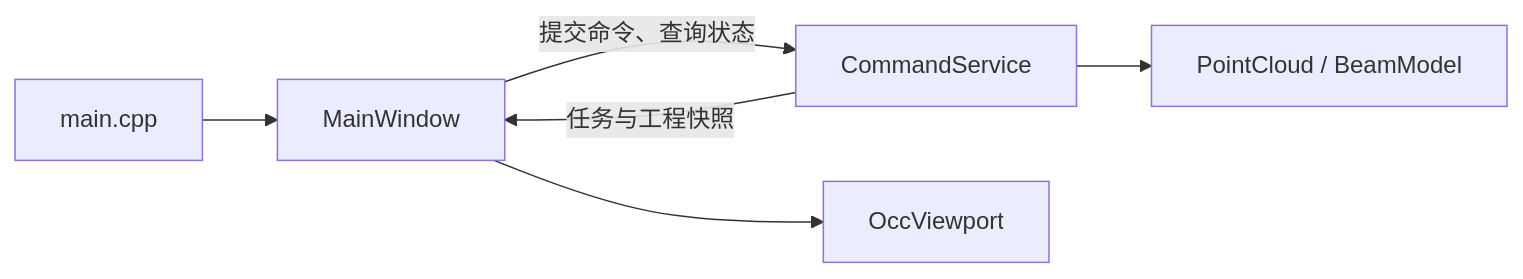
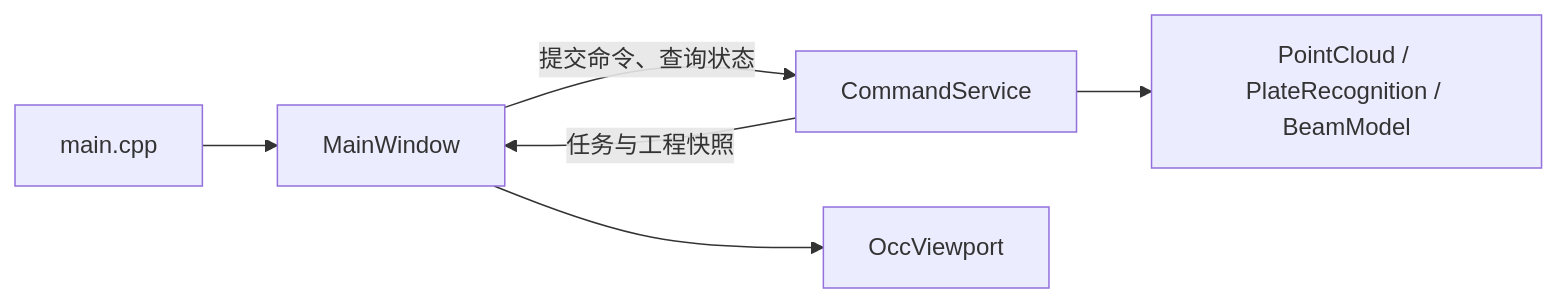
Before and after one commit to wuqingzhong2020/PointCloudReverseModeling: the diagram in ReverseModeling/README.md, drawn with Mermaid. The commit also changed other lines of this file and 45 other files, not shown here.

````diff
--- a/ReverseModeling/README.md
+++ b/ReverseModeling/README.md
@@ -57,8 +61,8 @@
 ```mermaid
 flowchart LR
     A[main.cpp] --> B[MainWindow]
     B -->|提交命令、查询状态| C[CommandService]
-    C --> D[PointCloud / BeamModel]
+    C --> D[PointCloud / PlateRecognition / BeamModel]
     C -->|任务与工程快照| B
     B --> E[OccViewport]
 ```
````
